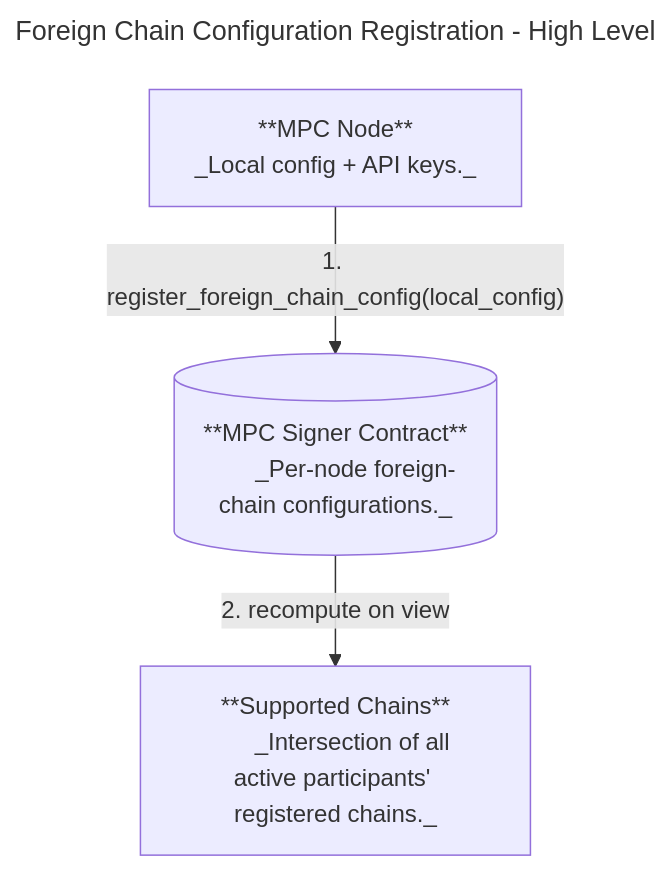
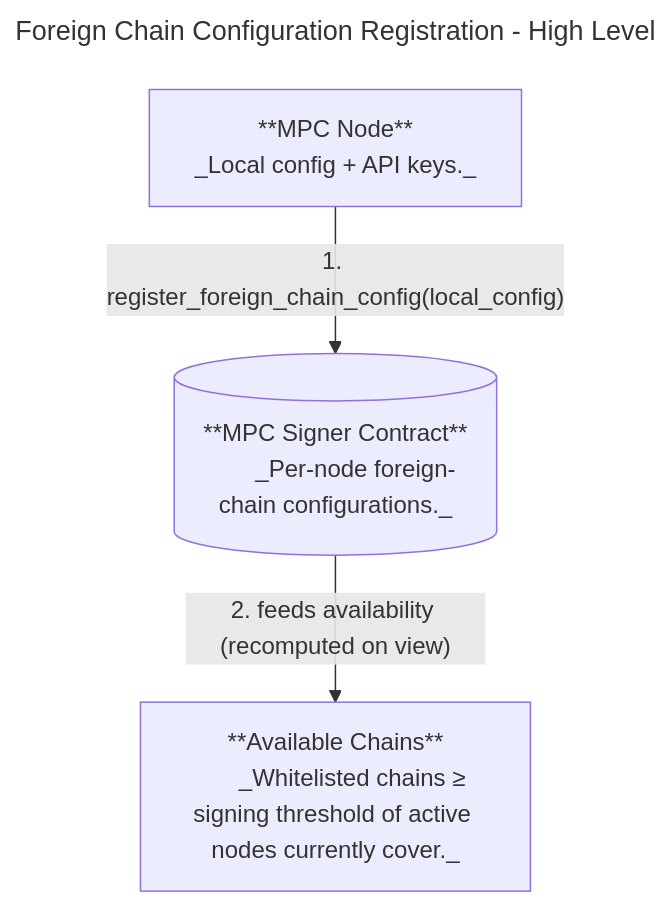
Before and after one commit to near/mpc: the second of 2 diagrams in docs/foreign-chain-transactions.md, drawn with Mermaid. The commit also changed other lines of this file and 1 other file, not shown here.

Commit message:
register_available_chain_config/get_available_chain_by_node

````diff
--- a/docs/foreign-chain-transactions.md
+++ b/docs/foreign-chain-transactions.md
@@ -564,21 +564,21 @@
 ```mermaid
 ---
 title: Foreign Chain Configuration Registration - High Level
 ---
 flowchart TD
     NODE["**MPC Node**
       _Local config + API keys._"]
 
     SC["**MPC Signer Contract**
       _Per-node foreign-chain configurations._"]
 
-    SUPPORTED["**Supported Chains**
-      _Intersection of all active participants' registered chains._"]
+    AVAILABLE["**Available Chains**
+      _Whitelisted chains ≥ signing threshold of active nodes currently cover._"]
 
     NODE -->|"1. register_foreign_chain_config(local_config)"| SC
-    SC -->|"2. recompute on view"| SUPPORTED
+    SC -->|"2. feeds availability (recomputed on view)"| AVAILABLE
 
     NODE@{ shape: proc}
     SC@{ shape: db}
-    SUPPORTED@{ shape: proc}
+    AVAILABLE@{ shape: proc}
 ```
````
